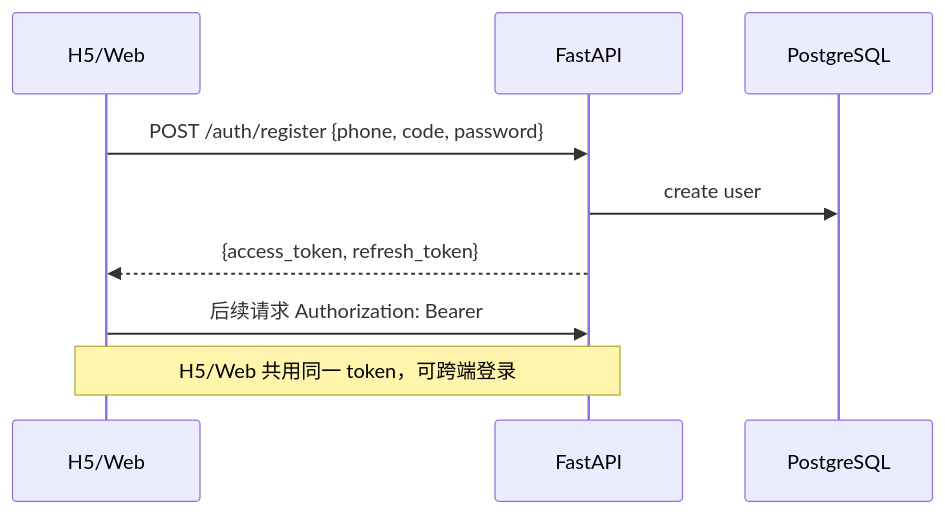
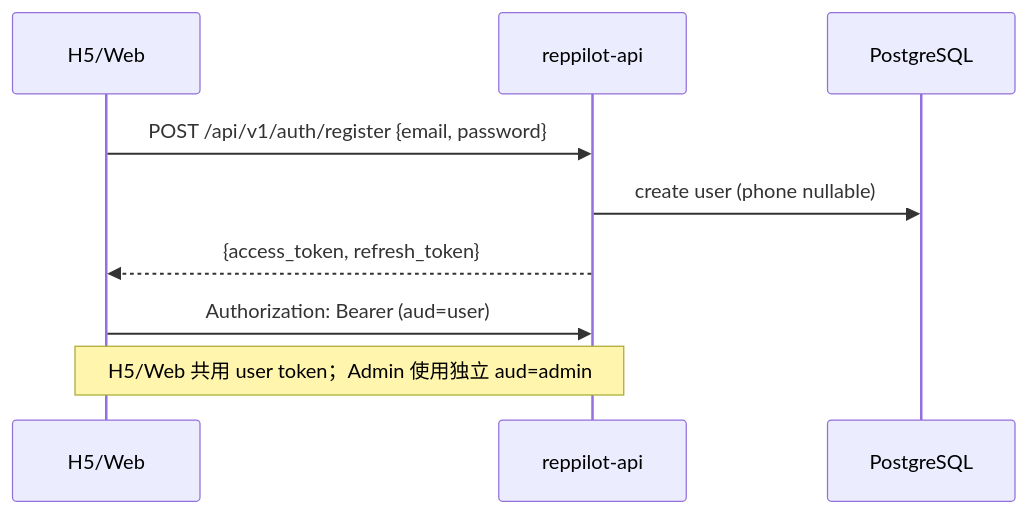
The third of 7 diagrams in projects/pharma-rep-agent/tech/architecture.md (AliceDel66/discussionGroup), drawn with Mermaid before and after one commit. The commit also changed other lines of this file and 7 other files, not shown here.

````diff
--- a/projects/pharma-rep-agent/tech/architecture.md
+++ b/projects/pharma-rep-agent/tech/architecture.md
@@ -226,12 +251,12 @@
 ```mermaid
 sequenceDiagram
     participant C as H5/Web
-    participant API as FastAPI
+    participant API as reppilot-api
     participant DB as PostgreSQL
 
-    C->>API: POST /auth/register {phone, code, password}
-    API->>DB: create user
+    C->>API: POST /api/v1/auth/register {email, password}
+    API->>DB: create user (phone nullable)
     API-->>C: {access_token, refresh_token}
-    C->>API: 后续请求 Authorization: Bearer
-    Note over C,API: H5/Web 共用同一 token，可跨端登录
+    C->>API: Authorization: Bearer (aud=user)
+    Note over C,API: H5/Web 共用 user token；Admin 使用独立 aud=admin
 ```
````
